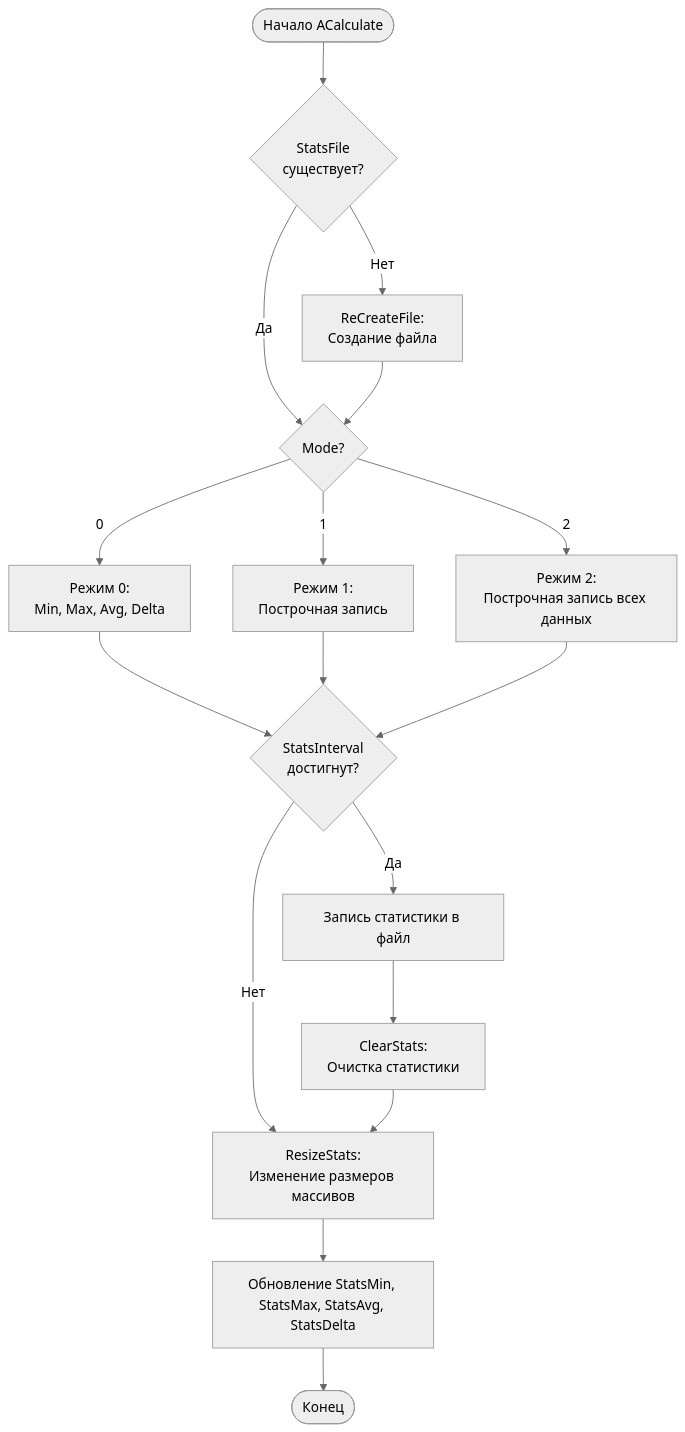
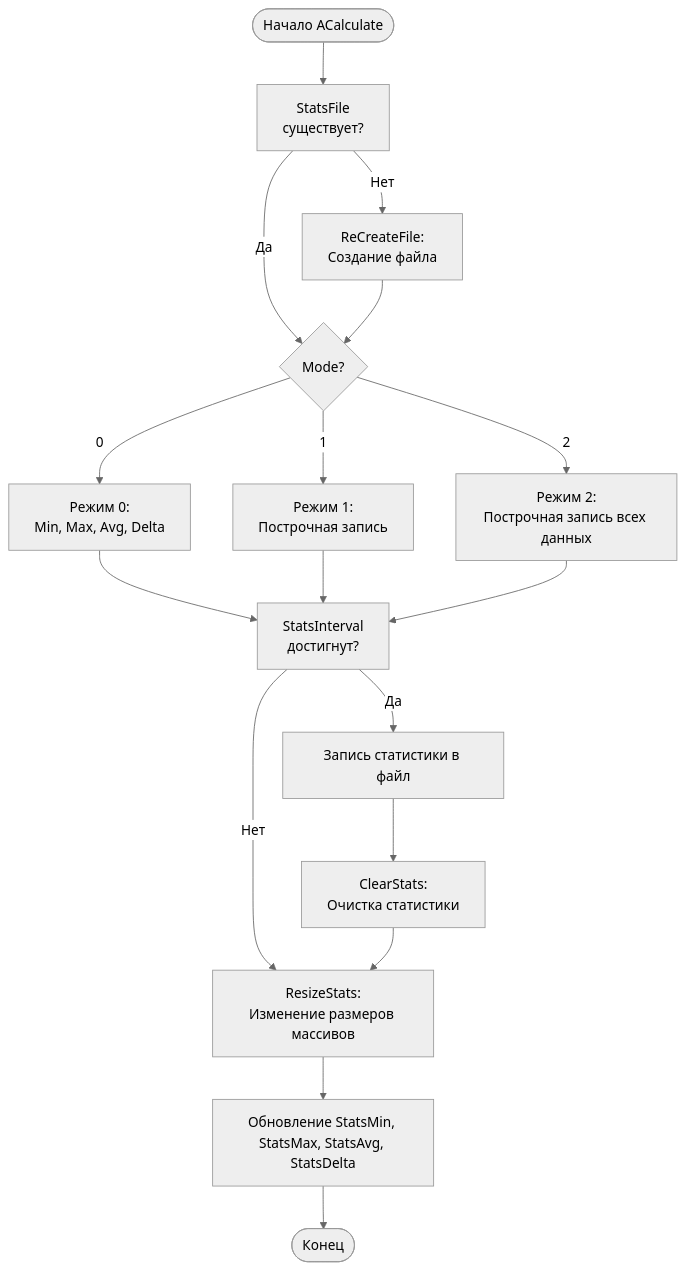
Before and after one commit to aicommunity/Nmsdk-MotionControlLib: the fourth of 5 diagrams in Docs/Components/NSimpleStatistic.md, drawn with Mermaid (neutral theme). The commit also changed other lines of this file and 39 other files, not shown here.

First line of the commit message:
docs(motion): normalize mermaid node ids with quoted labels

````diff
--- a/Docs/Components/NSimpleStatistic.md
+++ b/Docs/Components/NSimpleStatistic.md
@@ -99,19 +99,19 @@
 ```mermaid
 flowchart TD
-    Start([Начало ACalculate]) --> CheckFile{StatsFile<br/>существует?}
-    CheckFile -->|Нет| ReCreateFile[ReCreateFile:<br/>Создание файла]
+    Start([Начало ACalculate]) --> CheckFile["StatsFile<br/>существует?"]
+    CheckFile -->|Нет| ReCreateFile["ReCreateFile:<br/>Создание файла"]
     CheckFile -->|Да| CheckMode
     ReCreateFile --> CheckMode{Mode?}
-    CheckMode -->|0| Mode0[Режим 0:<br/>Min, Max, Avg, Delta]
-    CheckMode -->|1| Mode1[Режим 1:<br/>Построчная запись]
-    CheckMode -->|2| Mode2[Режим 2:<br/>Построчная запись всех данных]
-    Mode0 --> CheckInterval{StatsInterval<br/>достигнут?}
+    CheckMode -->|0| Mode0["Режим 0:<br/>Min, Max, Avg, Delta"]
+    CheckMode -->|1| Mode1["Режим 1:<br/>Построчная запись"]
+    CheckMode -->|2| Mode2["Режим 2:<br/>Построчная запись всех данных"]
+    Mode0 --> CheckInterval["StatsInterval<br/>достигнут?"]
     Mode1 --> CheckInterval
     Mode2 --> CheckInterval
     CheckInterval -->|Да| WriteStats[Запись статистики в файл]
-    CheckInterval -->|Нет| ResizeStats[ResizeStats:<br/>Изменение размеров массивов]
-    WriteStats --> ClearStats[ClearStats:<br/>Очистка статистики]
+    CheckInterval -->|Нет| ResizeStats["ResizeStats:<br/>Изменение размеров массивов"]
+    WriteStats --> ClearStats["ClearStats:<br/>Очистка статистики"]
     ClearStats --> ResizeStats
     ResizeStats --> UpdateStats[Обновление StatsMin, StatsMax, StatsAvg, StatsDelta]
     UpdateStats --> End([Конец])
 ```
````
